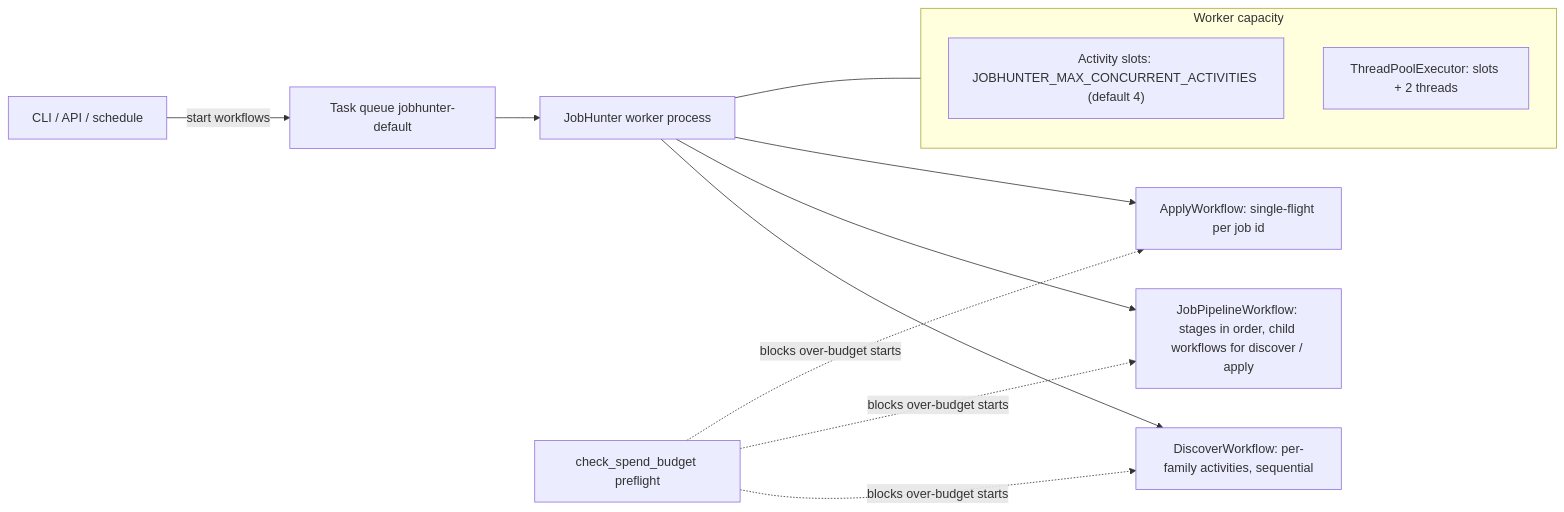
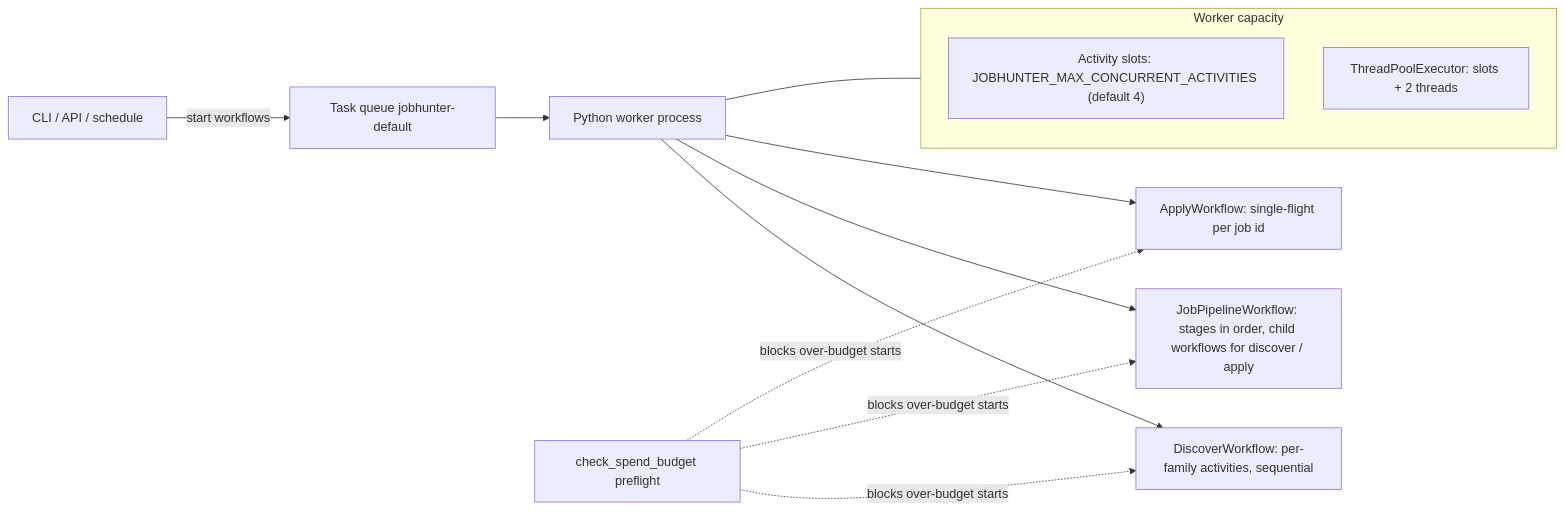
The diagram in docs/architecture/pipeline/concurrency.md (ebarti/JobCtrl), drawn with Mermaid before and after one commit. The commit also changed other lines of this file and 29 other files, not shown here.

First line of the commit message:
docs(architecture): editorial pass with summaries, grounded diagrams, and canonical terminology

````diff
--- a/docs/architecture/pipeline/concurrency.md
+++ b/docs/architecture/pipeline/concurrency.md
@@ -8,14 +11,14 @@
 ```mermaid
 flowchart LR
     CLI["CLI / API / schedule"] -->|start workflows| TQ["Task queue jobhunter-default"]
-    TQ --> W["JobHunter worker process"]
+    TQ --> W["Python worker process"]
     subgraph W2["Worker capacity"]
         SLOTS["Activity slots: JOBHUNTER_MAX_CONCURRENT_ACTIVITIES (default 4)"]
         EXEC["ThreadPoolExecutor: slots + 2 threads"]
     end
     W --- W2
     W --> D["DiscoverWorkflow: per-family activities, sequential"]
     W --> P["JobPipelineWorkflow: stages in order, child workflows for discover / apply"]
     W --> A["ApplyWorkflow: single-flight per job id"]
     BUDGET["check_spend_budget preflight"] -.->|blocks over-budget starts| D & P & A
 ```
````
